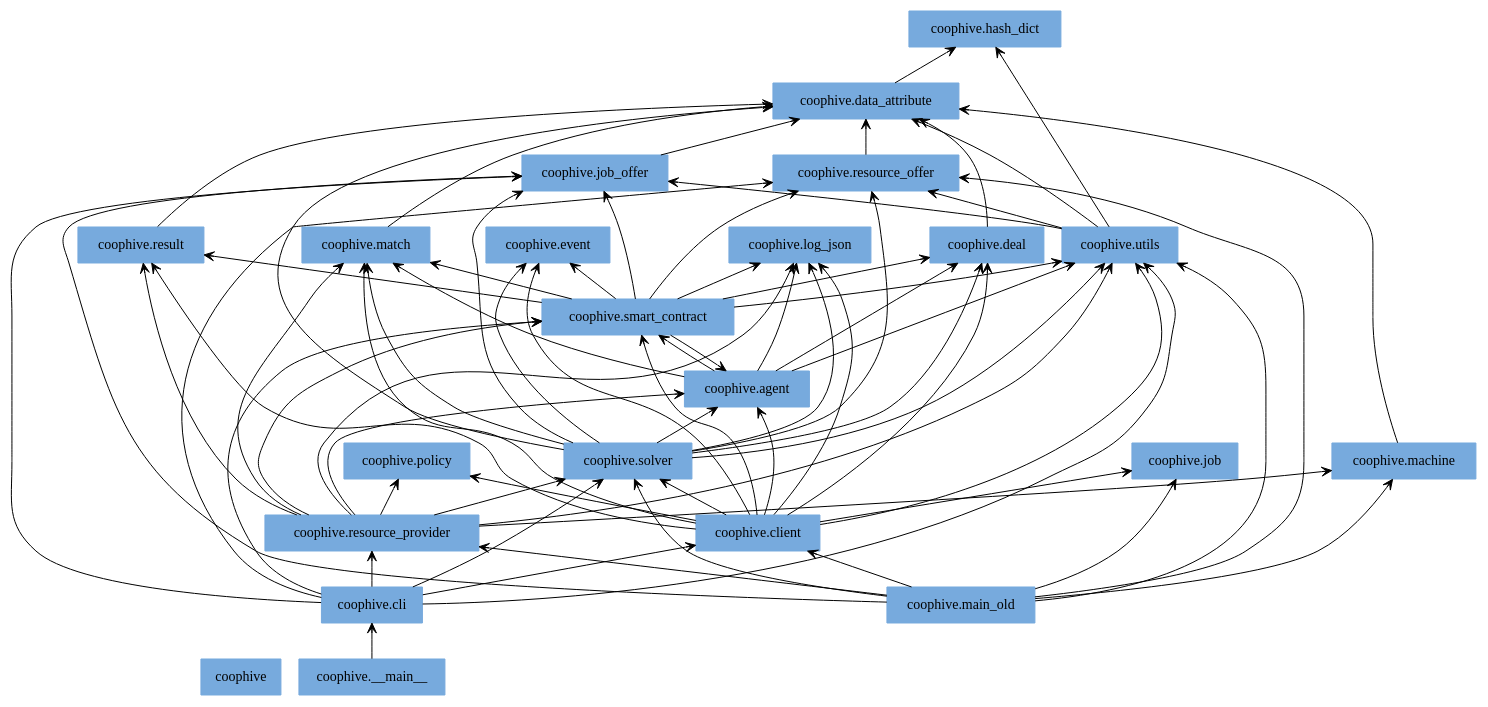
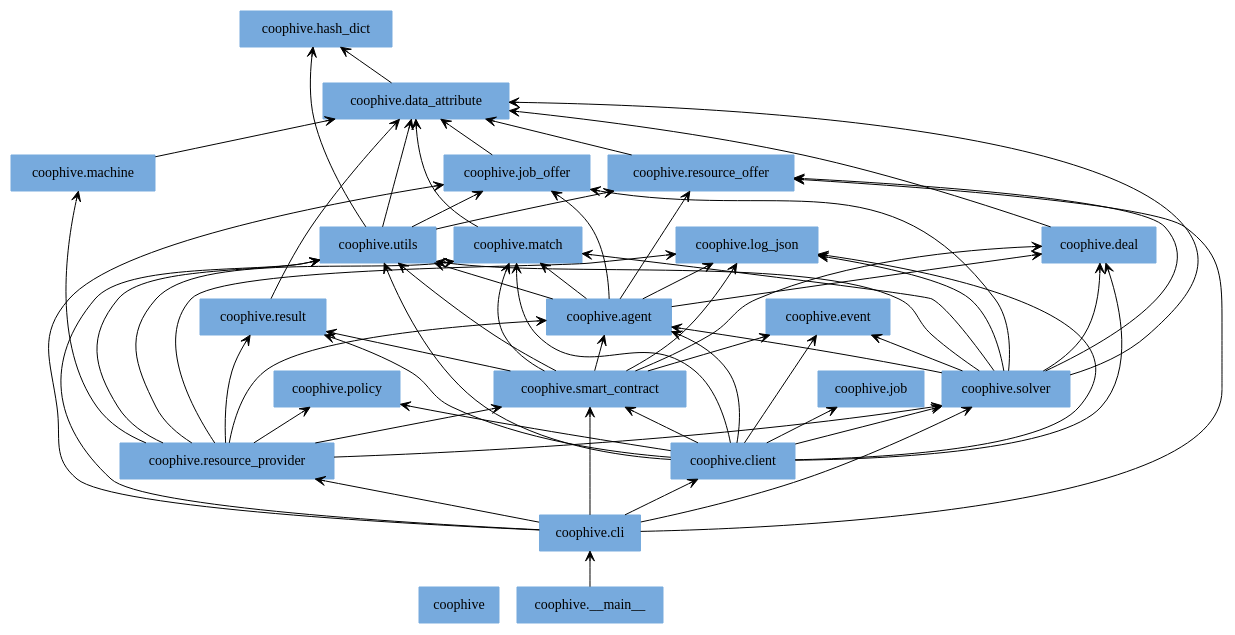
The diagram in docs/img/packages_coophive.dot (CoopHive/Apiary), drawn with Graphviz before and after one commit. The commit also changed 5 other files, not shown here.

```diff
--- a/docs/img/packages_coophive.dot
+++ b/docs/img/packages_coophive.dot
@@ -1,96 +1,86 @@
 digraph "packages_coophive" {
 rankdir=BT
 charset="utf-8"
 "coophive" [color="#77AADD", label=<coophive>, shape="box", style="filled"];
 "coophive.__main__" [color="#77AADD", label=<coophive.__main__>, shape="box", style="filled"];
 "coophive.agent" [color="#77AADD", label=<coophive.agent>, shape="box", style="filled"];
 "coophive.cli" [color="#77AADD", label=<coophive.cli>, shape="box", style="filled"];
 "coophive.client" [color="#77AADD", label=<coophive.client>, shape="box", style="filled"];
 "coophive.data_attribute" [color="#77AADD", label=<coophive.data_attribute>, shape="box", style="filled"];
 "coophive.deal" [color="#77AADD", label=<coophive.deal>, shape="box", style="filled"];
 "coophive.event" [color="#77AADD", label=<coophive.event>, shape="box", style="filled"];
 "coophive.hash_dict" [color="#77AADD", label=<coophive.hash_dict>, shape="box", style="filled"];
 "coophive.job" [color="#77AADD", label=<coophive.job>, shape="box", style="filled"];
 "coophive.job_offer" [color="#77AADD", label=<coophive.job_offer>, shape="box", style="filled"];
 "coophive.log_json" [color="#77AADD", label=<coophive.log_json>, shape="box", style="filled"];
 "coophive.machine" [color="#77AADD", label=<coophive.machine>, shape="box", style="filled"];
-"coophive.main_old" [color="#77AADD", label=<coophive.main_old>, shape="box", style="filled"];
 "coophive.match" [color="#77AADD", label=<coophive.match>, shape="box", style="filled"];
 "coophive.policy" [color="#77AADD", label=<coophive.policy>, shape="box", style="filled"];
 "coophive.resource_offer" [color="#77AADD", label=<coophive.resource_offer>, shape="box", style="filled"];
 "coophive.resource_provider" [color="#77AADD", label=<coophive.resource_provider>, shape="box", style="filled"];
 "coophive.result" [color="#77AADD", label=<coophive.result>, shape="box", style="filled"];
 "coophive.smart_contract" [color="#77AADD", label=<coophive.smart_contract>, shape="box", style="filled"];
 "coophive.solver" [color="#77AADD", label=<coophive.solver>, shape="box", style="filled"];
 "coophive.utils" [color="#77AADD", label=<coophive.utils>, shape="box", style="filled"];
 "coophive.__main__" -> "coophive.cli" [arrowhead="open", arrowtail="none"];
 "coophive.agent" -> "coophive.deal" [arrowhead="open", arrowtail="none"];
+"coophive.agent" -> "coophive.job_offer" [arrowhead="open", arrowtail="none"];
 "coophive.agent" -> "coophive.log_json" [arrowhead="open", arrowtail="none"];
 "coophive.agent" -> "coophive.match" [arrowhead="open", arrowtail="none"];
-"coophive.agent" -> "coophive.smart_contract" [arrowhead="open", arrowtail="none"];
+"coophive.agent" -> "coophive.resource_offer" [arrowhead="open", arrowtail="none"];
 "coophive.agent" -> "coophive.utils" [arrowhead="open", arrowtail="none"];
 "coophive.cli" -> "coophive.client" [arrowhead="open", arrowtail="none"];
 "coophive.cli" -> "coophive.job_offer" [arrowhead="open", arrowtail="none"];
 "coophive.cli" -> "coophive.resource_offer" [arrowhead="open", arrowtail="none"];
 "coophive.cli" -> "coophive.resource_provider" [arrowhead="open", arrowtail="none"];
 "coophive.cli" -> "coophive.smart_contract" [arrowhead="open", arrowtail="none"];
 "coophive.cli" -> "coophive.solver" [arrowhead="open", arrowtail="none"];
 "coophive.cli" -> "coophive.utils" [arrowhead="open", arrowtail="none"];
 "coophive.client" -> "coophive.agent" [arrowhead="open", arrowtail="none"];
 "coophive.client" -> "coophive.deal" [arrowhead="open", arrowtail="none"];
 "coophive.client" -> "coophive.event" [arrowhead="open", arrowtail="none"];
 "coophive.client" -> "coophive.job" [arrowhead="open", arrowtail="none"];
 "coophive.client" -> "coophive.log_json" [arrowhead="open", arrowtail="none"];
 "coophive.client" -> "coophive.match" [arrowhead="open", arrowtail="none"];
 "coophive.client" -> "coophive.policy" [arrowhead="open", arrowtail="none"];
 "coophive.client" -> "coophive.result" [arrowhead="open", arrowtail="none"];
 "coophive.client" -> "coophive.smart_contract" [arrowhead="open", arrowtail="none"];
 "coophive.client" -> "coophive.solver" [arrowhead="open", arrowtail="none"];
 "coophive.client" -> "coophive.utils" [arrowhead="open", arrowtail="none"];
 "coophive.data_attribute" -> "coophive.hash_dict" [arrowhead="open", arrowtail="none"];
 "coophive.deal" -> "coophive.data_attribute" [arrowhead="open", arrowtail="none"];
 "coophive.job_offer" -> "coophive.data_attribute" [arrowhead="open", arrowtail="none"];
 "coophive.machine" -> "coophive.data_attribute" [arrowhead="open", arrowtail="none"];
-"coophive.main_old" -> "coophive.client" [arrowhead="open", arrowtail="none"];
-"coophive.main_old" -> "coophive.job" [arrowhead="open", arrowtail="none"];
-"coophive.main_old" -> "coophive.job_offer" [arrowhead="open", arrowtail="none"];
-"coophive.main_old" -> "coophive.machine" [arrowhead="open", arrowtail="none"];
-"coophive.main_old" -> "coophive.resource_offer" [arrowhead="open", arrowtail="none"];
-"coophive.main_old" -> "coophive.resource_provider" [arrowhead="open", arrowtail="none"];
-"coophive.main_old" -> "coophive.solver" [arrowhead="open", arrowtail="none"];
-"coophive.main_old" -> "coophive.utils" [arrowhead="open", arrowtail="none"];
 "coophive.match" -> "coophive.data_attribute" [arrowhead="open", arrowtail="none"];
 "coophive.resource_offer" -> "coophive.data_attribute" [arrowhead="open", arrowtail="none"];
 "coophive.resource_provider" -> "coophive.agent" [arrowhead="open", arrowtail="none"];
 "coophive.resource_provider" -> "coophive.log_json" [arrowhead="open", arrowtail="none"];
 "coophive.resource_provider" -> "coophive.machine" [arrowhead="open", arrowtail="none"];
 "coophive.resource_provider" -> "coophive.match" [arrowhead="open", arrowtail="none"];
 "coophive.resource_provider" -> "coophive.policy" [arrowhead="open", arrowtail="none"];
 "coophive.resource_provider" -> "coophive.result" [arrowhead="open", arrowtail="none"];
 "coophive.resource_provider" -> "coophive.smart_contract" [arrowhead="open", arrowtail="none"];
 "coophive.resource_provider" -> "coophive.solver" [arrowhead="open", arrowtail="none"];
 "coophive.resource_provider" -> "coophive.utils" [arrowhead="open", arrowtail="none"];
 "coophive.result" -> "coophive.data_attribute" [arrowhead="open", arrowtail="none"];
 "coophive.smart_contract" -> "coophive.agent" [arrowhead="open", arrowtail="none"];
 "coophive.smart_contract" -> "coophive.deal" [arrowhead="open", arrowtail="none"];
 "coophive.smart_contract" -> "coophive.event" [arrowhead="open", arrowtail="none"];
-"coophive.smart_contract" -> "coophive.job_offer" [arrowhead="open", arrowtail="none"];
 "coophive.smart_contract" -> "coophive.log_json" [arrowhead="open", arrowtail="none"];
 "coophive.smart_contract" -> "coophive.match" [arrowhead="open", arrowtail="none"];
-"coophive.smart_contract" -> "coophive.resource_offer" [arrowhead="open", arrowtail="none"];
 "coophive.smart_contract" -> "coophive.result" [arrowhead="open", arrowtail="none"];
 "coophive.smart_contract" -> "coophive.utils" [arrowhead="open", arrowtail="none"];
 "coophive.solver" -> "coophive.agent" [arrowhead="open", arrowtail="none"];
 "coophive.solver" -> "coophive.data_attribute" [arrowhead="open", arrowtail="none"];
 "coophive.solver" -> "coophive.deal" [arrowhead="open", arrowtail="none"];
 "coophive.solver" -> "coophive.event" [arrowhead="open", arrowtail="none"];
 "coophive.solver" -> "coophive.job_offer" [arrowhead="open", arrowtail="none"];
 "coophive.solver" -> "coophive.log_json" [arrowhead="open", arrowtail="none"];
 "coophive.solver" -> "coophive.match" [arrowhead="open", arrowtail="none"];
 "coophive.solver" -> "coophive.resource_offer" [arrowhead="open", arrowtail="none"];
 "coophive.solver" -> "coophive.utils" [arrowhead="open", arrowtail="none"];
 "coophive.utils" -> "coophive.data_attribute" [arrowhead="open", arrowtail="none"];
 "coophive.utils" -> "coophive.hash_dict" [arrowhead="open", arrowtail="none"];
 "coophive.utils" -> "coophive.job_offer" [arrowhead="open", arrowtail="none"];
 "coophive.utils" -> "coophive.resource_offer" [arrowhead="open", arrowtail="none"];
 }
```
